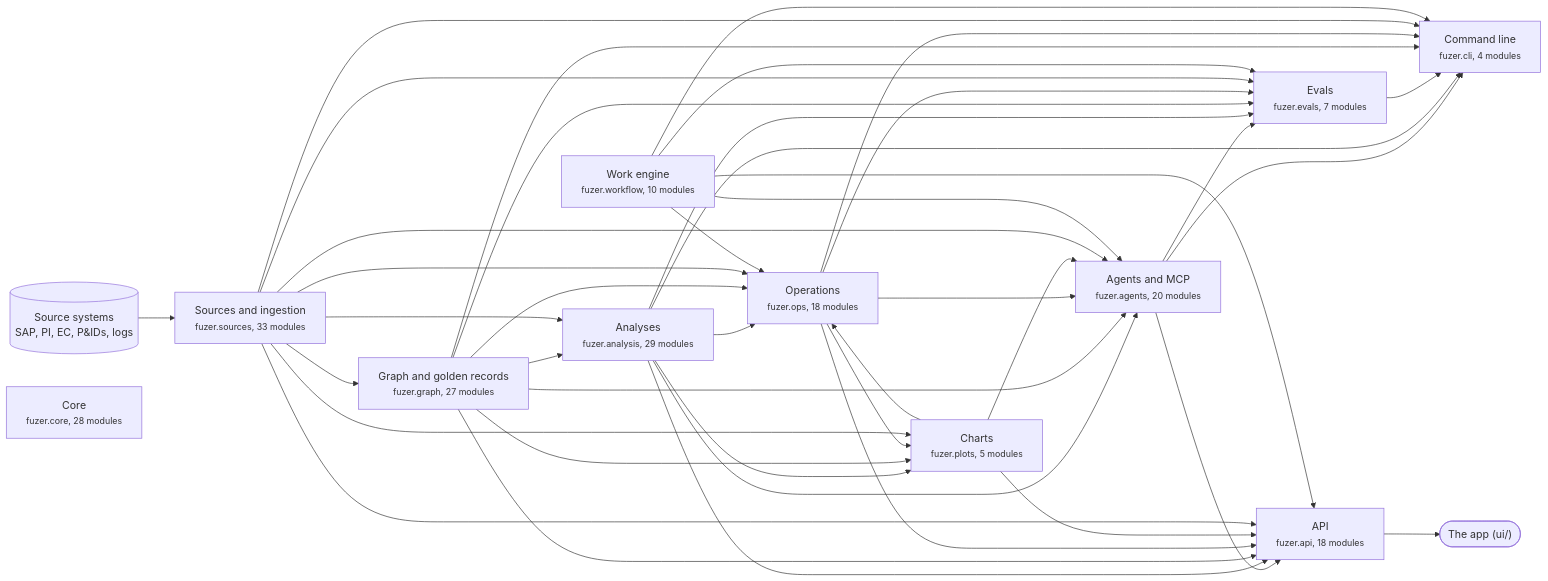
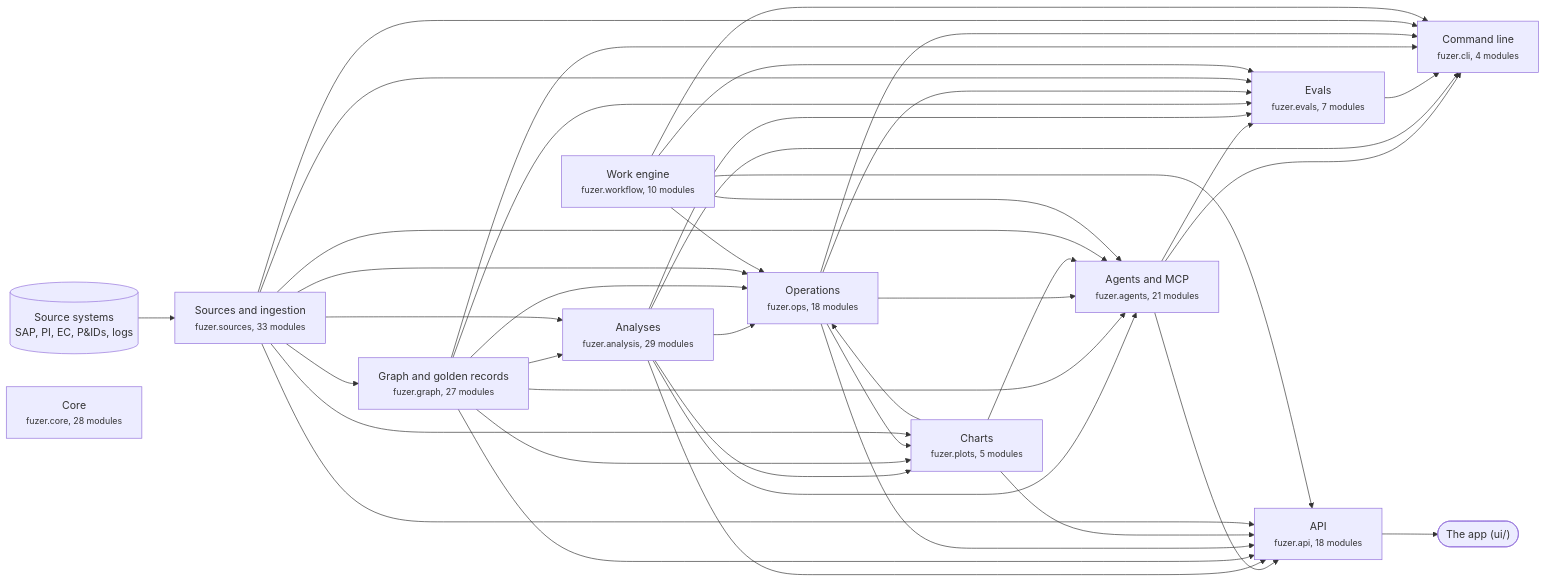
Before and after one commit to areed145/fuzer: the first of 3 diagrams in docs/architecture.md, drawn with Mermaid. The commit also changed other lines of this file and 7 other files, not shown here.

````diff
--- a/docs/architecture.md
+++ b/docs/architecture.md
@@ -8,66 +8,66 @@
 ```mermaid
 flowchart LR
   systems[("Source systems<br>SAP, PI, EC, P&IDs, logs")] --> c_sources
   app(["The app (ui/)"])
   c_api --> app
   c_sources["Sources and ingestion<br><small>fuzer.sources, 33 modules</small>"]
   c_graph["Graph and golden records<br><small>fuzer.graph, 27 modules</small>"]
   c_analysis["Analyses<br><small>fuzer.analysis, 29 modules</small>"]
   c_ops["Operations<br><small>fuzer.ops, 18 modules</small>"]
   c_plots["Charts<br><small>fuzer.plots, 5 modules</small>"]
   c_workflow["Work engine<br><small>fuzer.workflow, 10 modules</small>"]
-  c_agents["Agents and MCP<br><small>fuzer.agents, 20 modules</small>"]
+  c_agents["Agents and MCP<br><small>fuzer.agents, 21 modules</small>"]
   c_evals["Evals<br><small>fuzer.evals, 7 modules</small>"]
   c_api["API<br><small>fuzer.api, 18 modules</small>"]
   c_cli["Command line<br><small>fuzer.cli, 4 modules</small>"]
   c_core["Core<br><small>fuzer.core, 28 modules</small>"]
   c_sources --> c_graph
   c_graph --> c_analysis
   c_sources --> c_analysis
   c_analysis --> c_ops
   c_graph --> c_ops
   c_plots --> c_ops
   c_sources --> c_ops
   c_workflow --> c_ops
   c_analysis --> c_plots
   c_graph --> c_plots
   c_ops --> c_plots
   c_sources --> c_plots
   c_analysis --> c_agents
   c_graph --> c_agents
   c_ops --> c_agents
   c_plots --> c_agents
   c_sources --> c_agents
   c_workflow --> c_agents
   c_agents --> c_evals
   c_analysis --> c_evals
   c_graph --> c_evals
   c_ops --> c_evals
   c_sources --> c_evals
   c_workflow --> c_evals
   c_agents --> c_api
   c_analysis --> c_api
   c_graph --> c_api
   c_ops --> c_api
   c_plots --> c_api
   c_sources --> c_api
   c_workflow --> c_api
   c_agents --> c_cli
   c_analysis --> c_cli
   c_evals --> c_cli
   c_graph --> c_cli
   c_ops --> c_cli
   c_sources --> c_cli
   c_workflow --> c_cli
   click c_sources "https://github.com/areed145/fuzer/tree/main/src/fuzer/sources"
   click c_graph "https://github.com/areed145/fuzer/tree/main/src/fuzer/graph"
   click c_analysis "https://github.com/areed145/fuzer/tree/main/src/fuzer/analysis"
   click c_ops "https://github.com/areed145/fuzer/tree/main/src/fuzer/ops"
   click c_plots "https://github.com/areed145/fuzer/tree/main/src/fuzer/plots"
   click c_workflow "https://github.com/areed145/fuzer/tree/main/src/fuzer/workflow"
   click c_agents "https://github.com/areed145/fuzer/tree/main/src/fuzer/agents"
   click c_evals "https://github.com/areed145/fuzer/tree/main/src/fuzer/evals"
   click c_api "https://github.com/areed145/fuzer/tree/main/src/fuzer/api"
   click c_cli "https://github.com/areed145/fuzer/tree/main/src/fuzer/cli"
   click c_core "https://github.com/areed145/fuzer/tree/main/src/fuzer/core"
 ```
````
